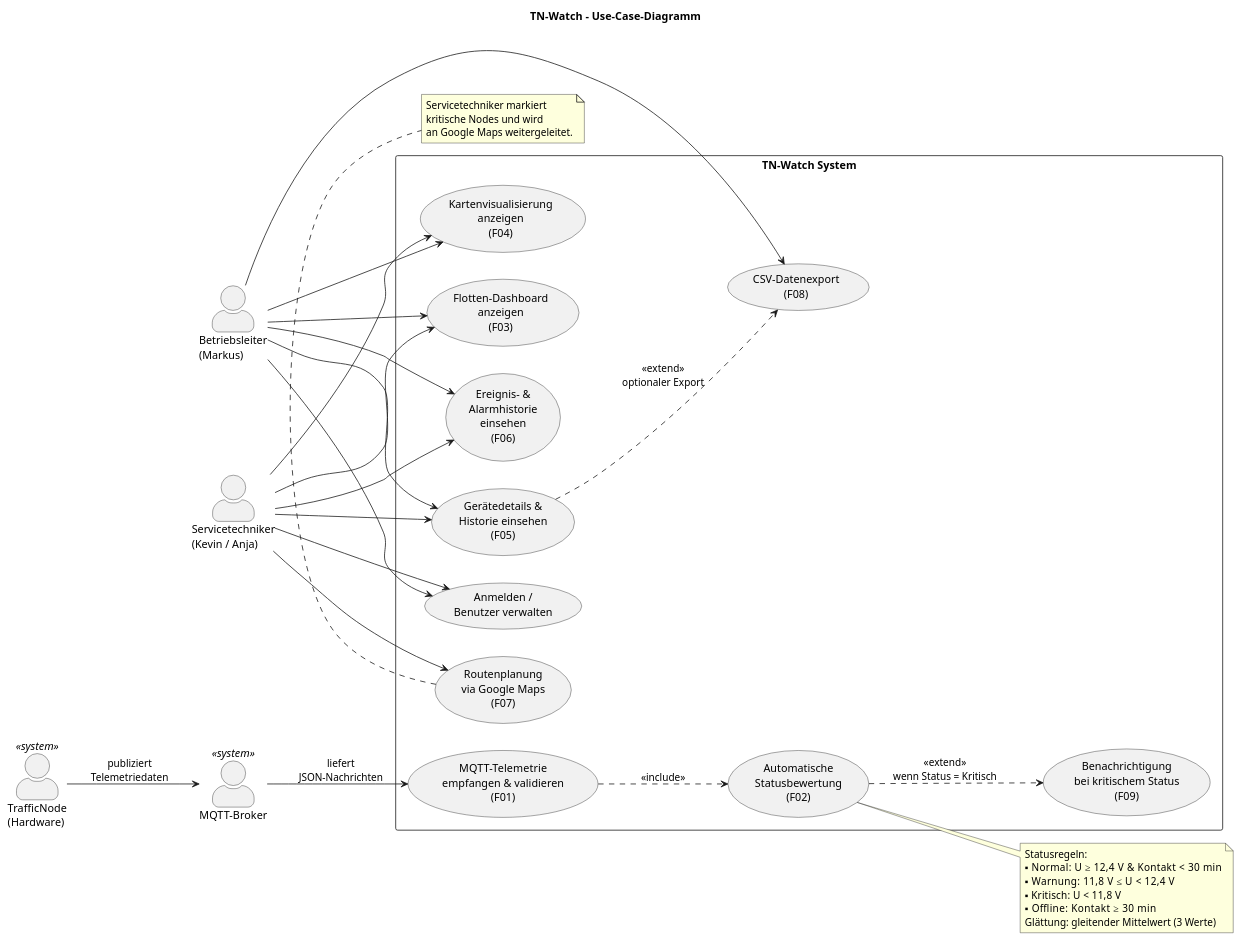
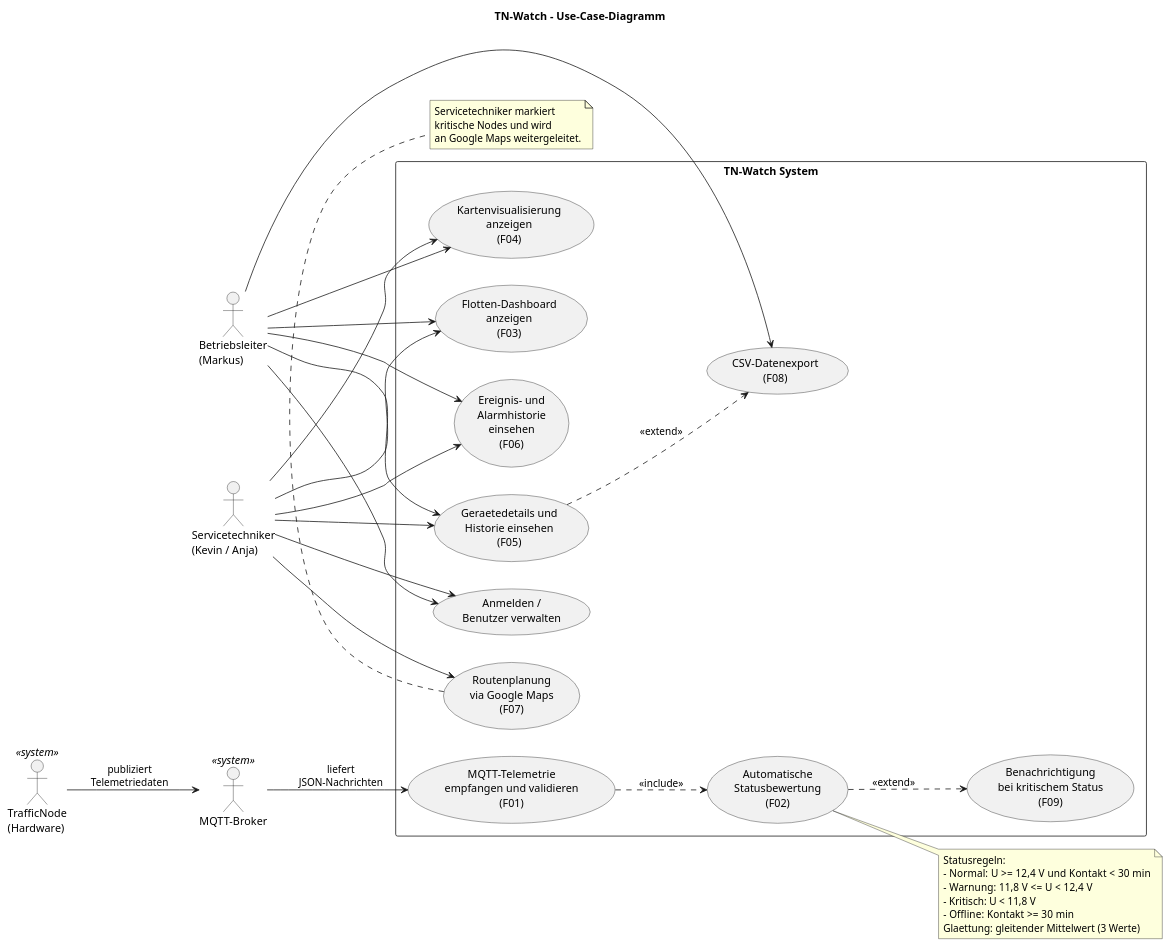
Before and after one commit to dennisnik/Semesterprojekt_Software_Engineering: the diagram in docs/use_case_diagram.puml, drawn with PlantUML. The commit also changed 1 other file, not shown here.

Commit message:
docs: update PlantUML diagrams

```diff
--- a/docs/use_case_diagram.puml
+++ b/docs/use_case_diagram.puml
@@ -1,84 +1,83 @@
 @startuml use_case_diagram
 
 ' ============================================================
 ' TN-Watch – Use-Case-Diagramm
-' Quelle: README.md (Funktionale Anforderungen F01–F09,
+' Quelle: README.md (Funktionale Anforderungen F01-F09,
 '         Stakeholder, Personas)
 ' ============================================================
 
 left to right direction
 skinparam packageStyle rectangle
-skinparam actorStyle awesome
 
-title TN-Watch – Use-Case-Diagramm
+title TN-Watch - Use-Case-Diagramm
 
-' ── Akteure ──────────────────────────────────────────────────
+' -- Akteure --------------------------------------------------
 actor "Betriebsleiter\n(Markus)" as BL
 actor "Servicetechniker\n(Kevin / Anja)" as ST
 actor "TrafficNode\n(Hardware)" as TN  <<system>>
 actor "MQTT-Broker" as MQTT            <<system>>
 
-' ── Systemgrenze ─────────────────────────────────────────────
+' -- Systemgrenze ---------------------------------------------
 rectangle "TN-Watch System" {
 
-  ' Must-Have (F01–F05)
-  usecase "MQTT-Telemetrie\nempfangen & validieren\n(F01)" as UC_F01
+  ' Must-Have (F01-F05)
+  usecase "MQTT-Telemetrie\nempfangen und validieren\n(F01)" as UC_F01
   usecase "Automatische\nStatusbewertung\n(F02)" as UC_F02
   usecase "Flotten-Dashboard\nanzeigen\n(F03)" as UC_F03
   usecase "Kartenvisualisierung\nanzeigen\n(F04)" as UC_F04
-  usecase "Gerätedetails &\nHistorie einsehen\n(F05)" as UC_F05
+  usecase "Geraetedetails und\nHistorie einsehen\n(F05)" as UC_F05
 
-  ' Should-Have (F06–F07)
-  usecase "Ereignis- &\nAlarmhistorie\neinsehen\n(F06)" as UC_F06
+  ' Should-Have (F06-F07)
+  usecase "Ereignis- und\nAlarmhistorie\neinsehen\n(F06)" as UC_F06
   usecase "Routenplanung\nvia Google Maps\n(F07)" as UC_F07
 
-  ' Could-Have (F08–F09)
+  ' Could-Have (F08-F09)
   usecase "CSV-Datenexport\n(F08)" as UC_F08
   usecase "Benachrichtigung\nbei kritischem Status\n(F09)" as UC_F09
 
   ' Authentifizierung
   usecase "Anmelden /\nBenutzer verwalten" as UC_AUTH
 }
 
-' ── Beziehungen – Externe Systeme ────────────────────────────
+' -- Beziehungen: Externe Systeme -----------------------------
 TN --> MQTT : publiziert\nTelemetriedaten
 MQTT --> UC_F01 : liefert\nJSON-Nachrichten
 
-' ── Beziehungen – Betriebsleiter ─────────────────────────────
+' -- Beziehungen: Betriebsleiter ------------------------------
 BL --> UC_AUTH
 BL --> UC_F03
 BL --> UC_F04
 BL --> UC_F05
 BL --> UC_F06
 BL --> UC_F08
 
-' ── Beziehungen – Servicetechniker ───────────────────────────
+' -- Beziehungen: Servicetechniker ----------------------------
 ST --> UC_AUTH
 ST --> UC_F03
 ST --> UC_F04
 ST --> UC_F05
 ST --> UC_F06
 ST --> UC_F07
 
-' ── Include / Extend ─────────────────────────────────────────
+' -- Include / Extend -----------------------------------------
 UC_F01 ..> UC_F02  : <<include>>
-UC_F02 ..> UC_F09  : <<extend>>\nwenn Status = Kritisch
-UC_F05 ..> UC_F08  : <<extend>>\noptionaler Export
+UC_F02 ..> UC_F09  : <<extend>>
+UC_F05 ..> UC_F08  : <<extend>>
 
-' ── Notizen ──────────────────────────────────────────────────
+' -- Notizen --------------------------------------------------
 note right of UC_F02
   Statusregeln:
-  ▪ Normal:   U ≥ 12,4 V & Kontakt < 30 min
-  ▪ Warnung:  11,8 V ≤ U < 12,4 V
-  ▪ Kritisch: U < 11,8 V
-  ▪ Offline:  Kontakt ≥ 30 min
-  Glättung: gleitender Mittelwert (3 Werte)
+  - Normal:   U >= 12,4 V und Kontakt < 30 min
+  - Warnung:  11,8 V <= U < 12,4 V
+  - Kritisch: U < 11,8 V
+  - Offline:  Kontakt >= 30 min
+  Glaettung: gleitender Mittelwert (3 Werte)
 end note
 
 note bottom of UC_F07
   Servicetechniker markiert
   kritische Nodes und wird
   an Google Maps weitergeleitet.
 end note
 
 @enduml
```
